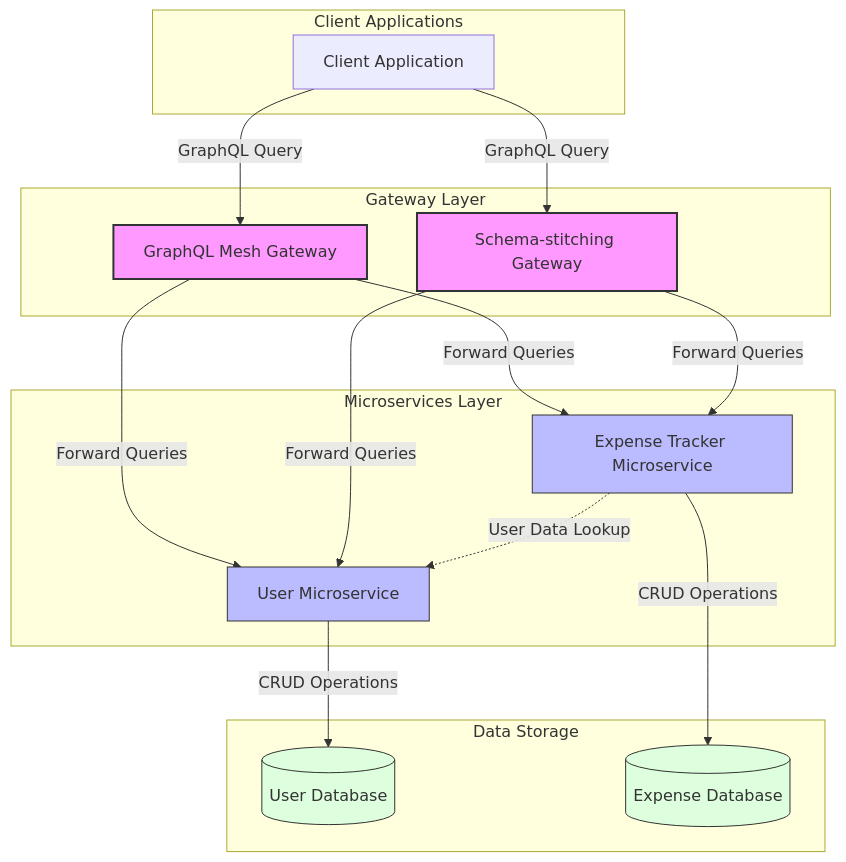
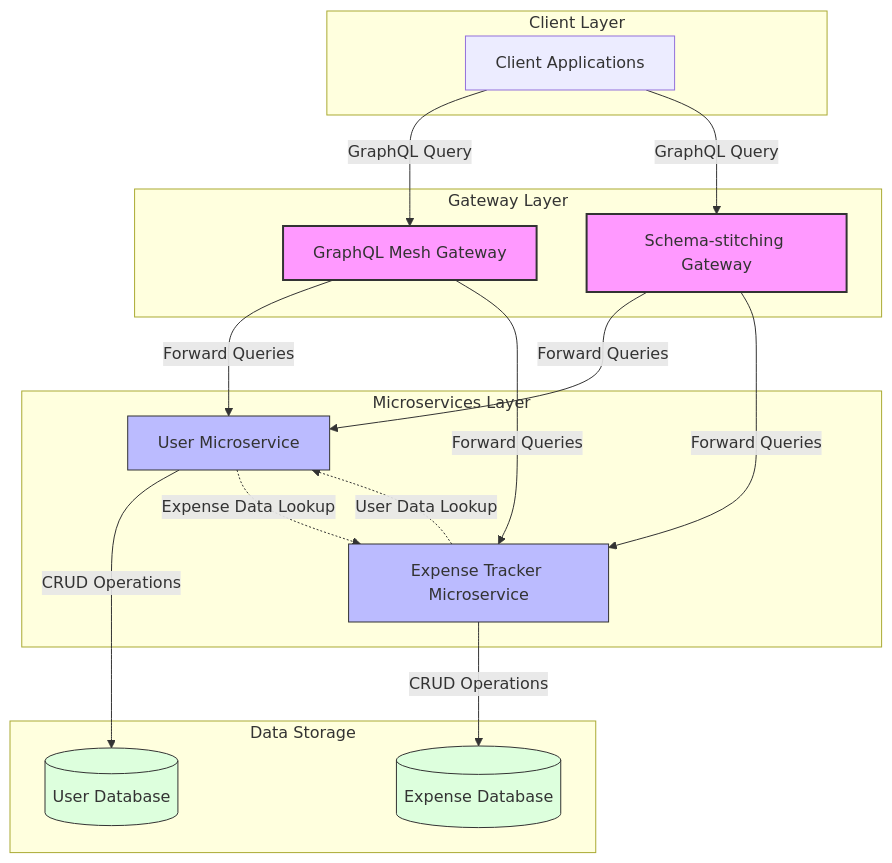
Before and after one commit to vinodhj/graphql-gateway-microservices: the diagram in docs/diagrams/architecture-diagrams.mermaid, drawn with Mermaid. The commit also changed 5 other files, not shown here.

Commit message:
docs diagram updated

```diff
--- a/docs/diagrams/architecture-diagrams.mermaid
+++ b/docs/diagrams/architecture-diagrams.mermaid
@@ -1,45 +1,46 @@
 graph TD
-    subgraph "Client Applications"
-        Client[Client Application]
+    subgraph "Client Layer"
+        Client[Client Applications]
     end
     
     subgraph "Gateway Layer"
         GM[GraphQL Mesh Gateway]
         GS[Schema-stitching Gateway]
     end
     
     subgraph "Microservices Layer"
         UserService[User Microservice]
         ExpenseService[Expense Tracker Microservice]
     end
     
     subgraph "Data Storage"
         UserDB[(User Database)]
         ExpenseDB[(Expense Database)]
     end
     
     %% Client connections
     Client -->|GraphQL Query| GM
     Client -->|GraphQL Query| GS
     
     %% Gateway connections
     GM -->|Forward Queries| UserService
     GM -->|Forward Queries| ExpenseService
     GS -->|Forward Queries| UserService
     GS -->|Forward Queries| ExpenseService
     
     %% Service connections
     UserService -->|CRUD Operations| UserDB
     ExpenseService -->|CRUD Operations| ExpenseDB
     
     %% Cross-service data requirements
     ExpenseService -.->|User Data Lookup| UserService
+    UserService -.->|Expense Data Lookup| ExpenseService
     
     %% Labels
     classDef gateway fill:#f9f,stroke:#333,stroke-width:2px
     classDef service fill:#bbf,stroke:#333,stroke-width:1px
     classDef database fill:#dfd,stroke:#333,stroke-width:1px
     
     class GM,GS gateway
     class UserService,ExpenseService service
     class UserDB,ExpenseDB database
```
